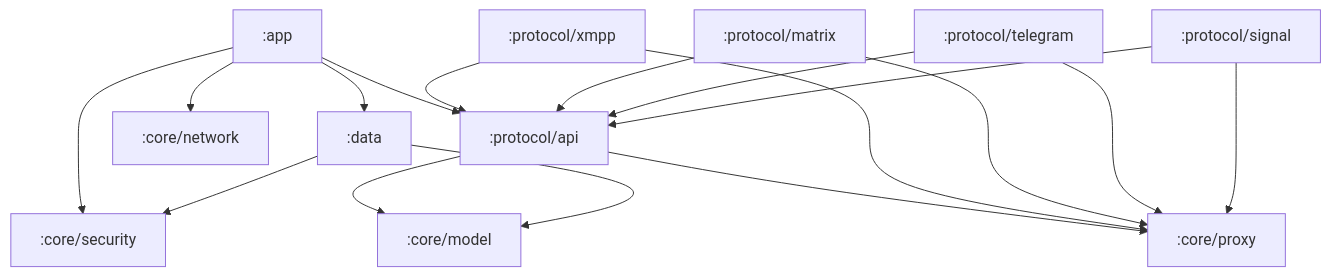
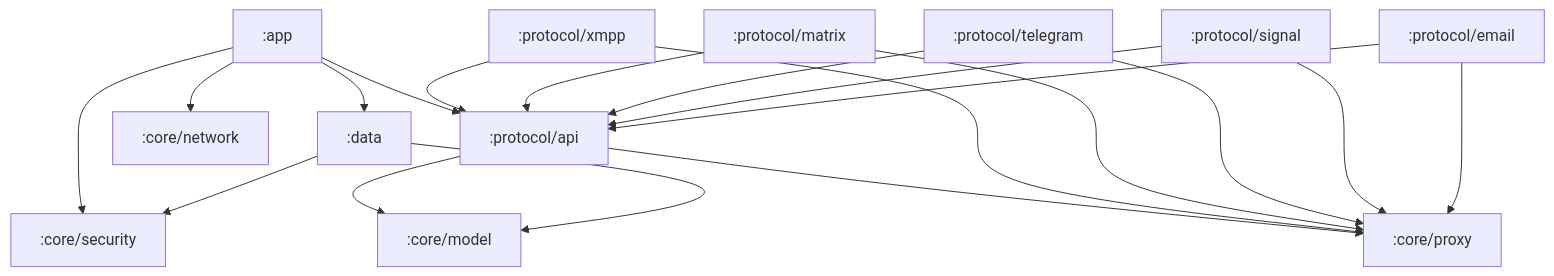
One commit to LTechnologies0/SecureMessenger changed the diagram in docs/ARCHITECTURE.md. Above: the diagram before and after it, drawn with Mermaid. The commit also changed other lines of this file and 64 other files, not shown here.

First line of the commit message:
feat(signal,email): fill Signal sync gaps and add Email protocol

````diff
--- a/docs/ARCHITECTURE.md
+++ b/docs/ARCHITECTURE.md
@@ -7,31 +7,34 @@
 ```mermaid
 flowchart TB
     APP[:app]
     DATA[:data]
     NET[:core/network]
     PROXY[:core/proxy]
     SEC[:core/security]
     MODEL[:core/model]
     PAPI[:protocol/api]
     XMPP[:protocol/xmpp]
     MATRIX[:protocol/matrix]
     TG[:protocol/telegram]
     SIGNAL[:protocol/signal]
+    EMAIL[:protocol/email]
 
     APP --> DATA
     APP --> PAPI
     APP --> NET
     APP --> SEC
     XMPP --> PAPI
     MATRIX --> PAPI
     TG --> PAPI
     SIGNAL --> PAPI
+    EMAIL --> PAPI
     PAPI --> MODEL
     PAPI --> PROXY
     XMPP --> PROXY
     MATRIX --> PROXY
     TG --> PROXY
     SIGNAL --> PROXY
+    EMAIL --> PROXY
     DATA --> SEC
     DATA --> MODEL
 ```
````
